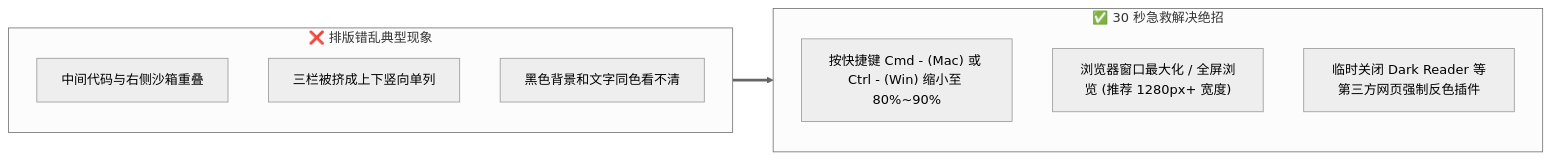
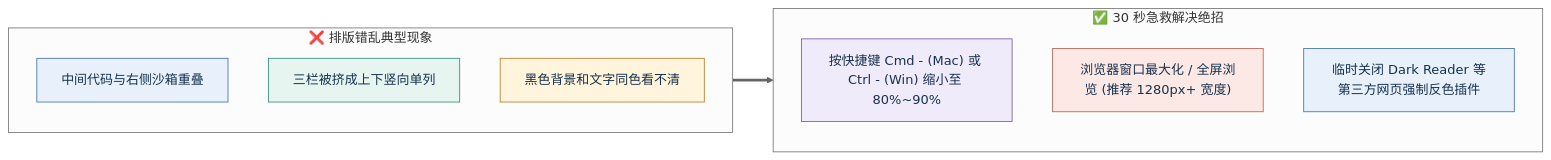
One commit to buffer121328/vibe-coding-and-agents changed the diagram in 08_手搓Agent/img/diagrams/14-diagram-03.mmd. Above: the diagram before and after it, drawn with Mermaid (neutral theme). The commit also changed 105 other files, not shown here.

```diff
--- a/08_手搓Agent/img/diagrams/14-diagram-03.mmd
+++ b/08_手搓Agent/img/diagrams/14-diagram-03.mmd
@@ -1,15 +1,23 @@
 flowchart LR
 
     subgraph BadState ["❌ 排版错乱典型现象"]
         B1["中间代码与右侧沙箱重叠"]
         B2["三栏被挤成上下竖向单列"]
         B3["黑色背景和文字同色看不清"]
     end
 
     subgraph GoodAction ["✅ 30 秒急救解决绝招"]
         G1["按快捷键 Cmd - (Mac) 或 Ctrl - (Win) 缩小至 80%~90%"]
         G2["浏览器窗口最大化 / 全屏浏览 (推荐 1280px+ 宽度)"]
         G3["临时关闭 Dark Reader 等第三方网页强制反色插件"]
     end
 
     BadState ==> GoodAction
+
+%% Academic palette: restrained blue, teal, gold, violet, and coral accents.
+style B1 fill:#E8F1FB,stroke:#3A6EA5,color:#17324D
+style B2 fill:#E7F5F1,stroke:#2B8A78,color:#17324D
+style B3 fill:#FFF4DC,stroke:#B47A1F,color:#17324D
+style G1 fill:#F0EBFA,stroke:#7357A6,color:#17324D
+style G2 fill:#FCE9E6,stroke:#B65C4A,color:#17324D
+style G3 fill:#E8F1FB,stroke:#3A6EA5,color:#17324D
```
